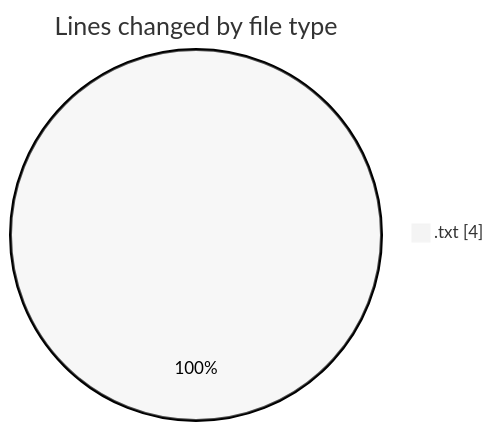
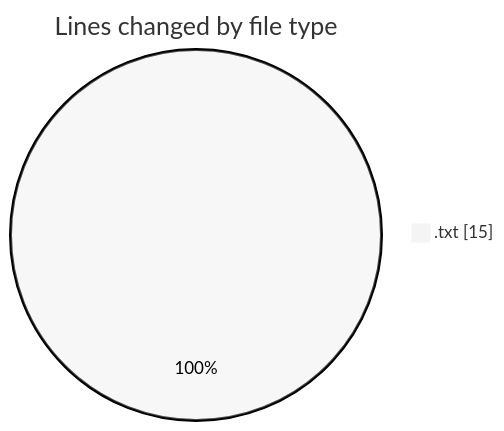
Before and after one commit to Ritupan-Deka/code-tracking: the first of 2 diagrams in 2025-06-22/txtfiles/README.md, drawn with Mermaid (neutral theme). The commit also changed other lines of this file and 1 other file, not shown here.

````diff
--- a/2025-06-22/txtfiles/README.md
+++ b/2025-06-22/txtfiles/README.md
@@ -20,5 +20,5 @@
 ```mermaid
 pie showData
 title Lines changed by file type
-".txt" : 4
+".txt" : 15
 ```
````
